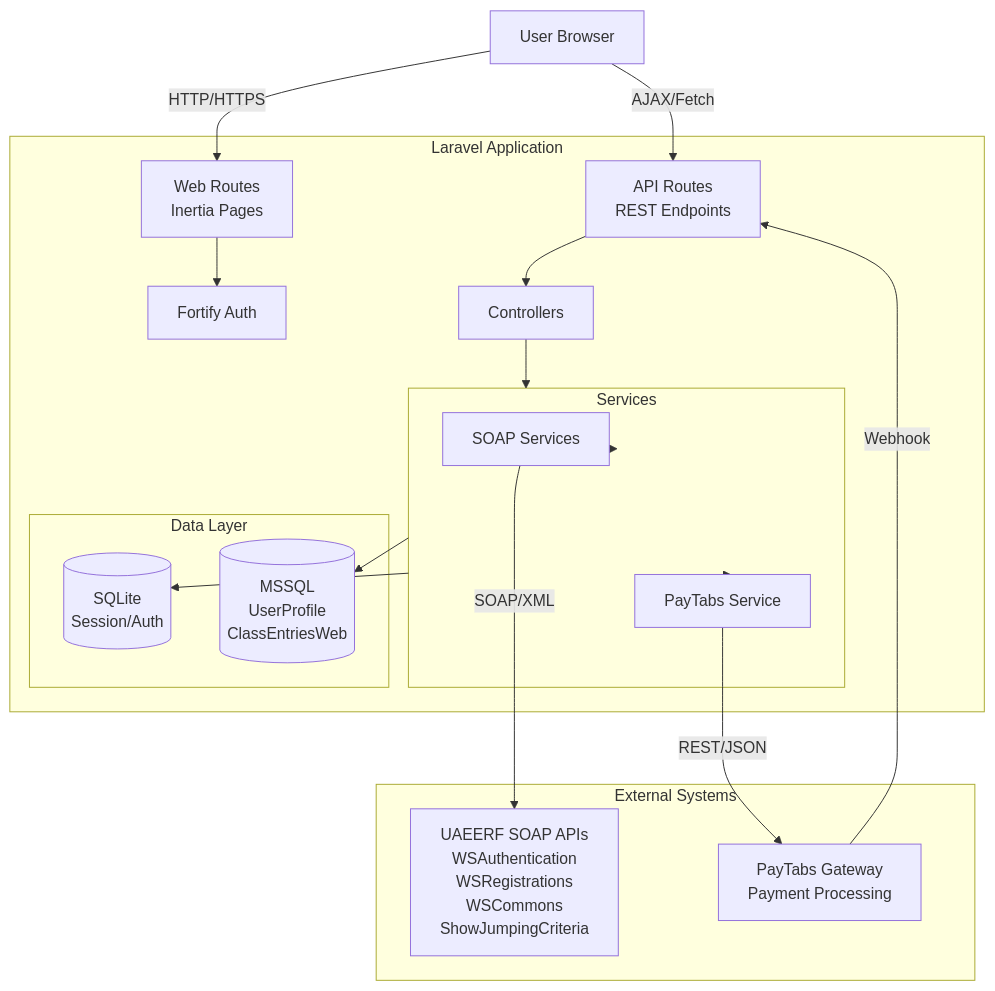
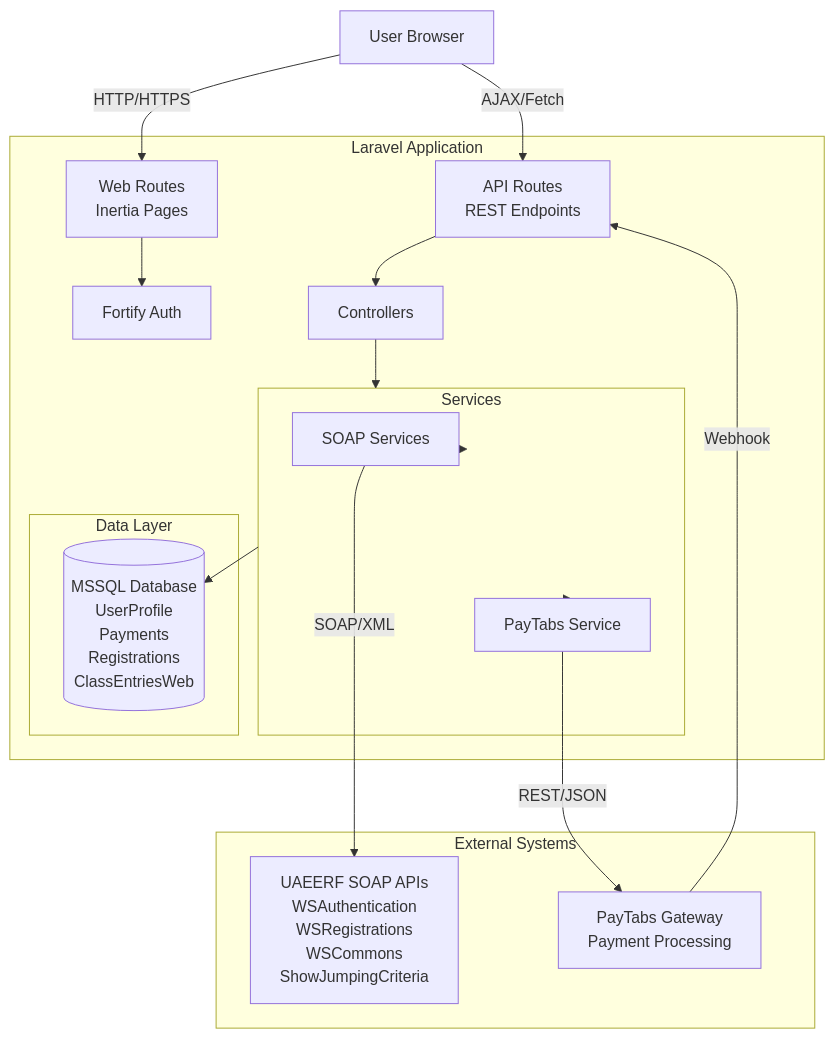
The first of 5 diagrams in docs/ARCHITECTURE.md (Anwar-Barakat/uaeerf), drawn with Mermaid before and after one commit. The commit also changed other lines of this file, not shown here.

First line of the commit message:
docs: update architecture to show MSSQL-only database

````diff
--- a/docs/ARCHITECTURE.md
+++ b/docs/ARCHITECTURE.md
@@ -13,40 +13,38 @@
 ```mermaid
 graph TB
     User[User Browser]
     
     subgraph "Laravel Application"
         Web[Web Routes<br/>Inertia Pages]
         API[API Routes<br/>REST Endpoints]
         Auth[Fortify Auth]
         Controllers[Controllers]
         Services[Service Layer]
         
         subgraph "Services"
             SOAP[SOAP Services]
             PayTabs[PayTabs Service]
         end
         
         subgraph "Data Layer"
-            SQLite[(SQLite<br/>Session/Auth)]
-            MSSQL[(MSSQL<br/>UserProfile<br/>ClassEntriesWeb)]
+            MSSQL[(MSSQL Database<br/>UserProfile<br/>Payments<br/>Registrations<br/>ClassEntriesWeb)]
         end
     end
     
     subgraph "External Systems"
         SoapAPI[UAEERF SOAP APIs<br/>WSAuthentication<br/>WSRegistrations<br/>WSCommons<br/>ShowJumpingCriteria]
         PayTabsGW[PayTabs Gateway<br/>Payment Processing]
     end
     
     User -->|HTTP/HTTPS| Web
     User -->|AJAX/Fetch| API
     Web --> Auth
     API --> Controllers
     Controllers --> Services
     Services --> SOAP
     Services --> PayTabs
-    Services --> SQLite
     Services --> MSSQL
     SOAP -->|SOAP/XML| SoapAPI
     PayTabs -->|REST/JSON| PayTabsGW
     PayTabsGW -->|Webhook| API
 ```
````
